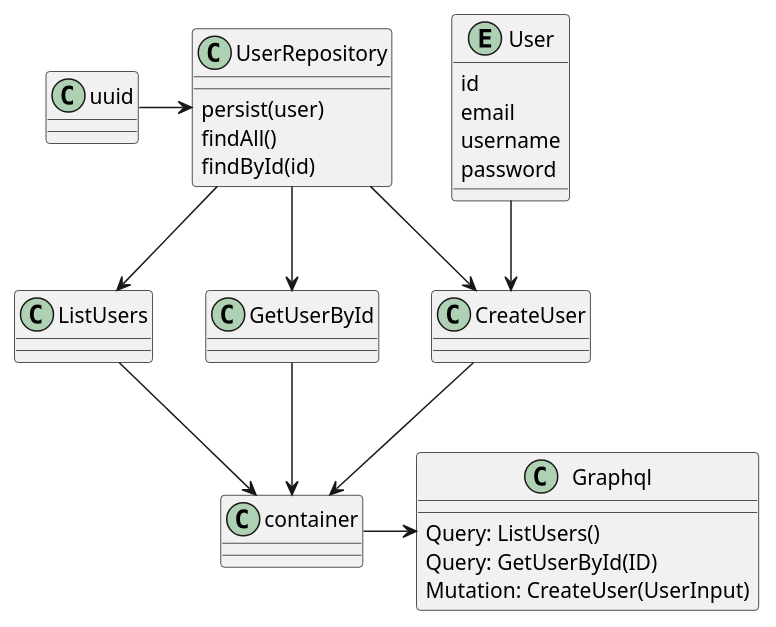
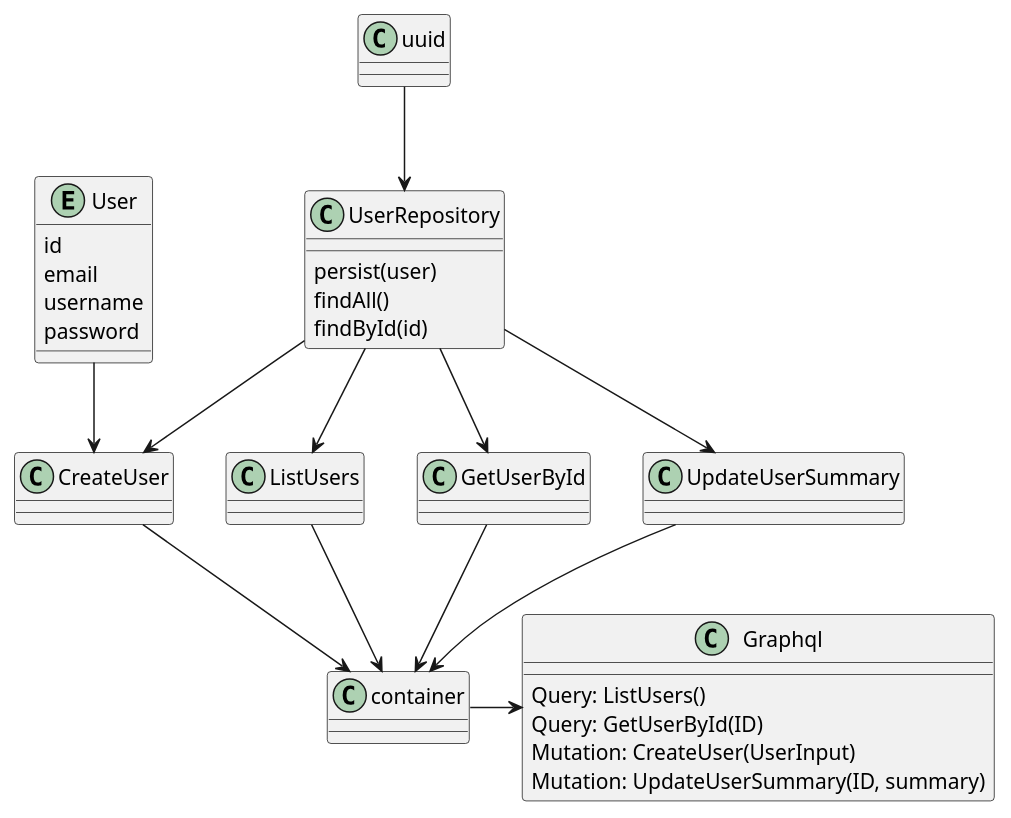
One commit to PintaApis/developars-club changed the diagram in apps/server/doc/schema.puml. Above: the diagram before and after it, drawn with PlantUML. The commit also changed 2 other files, not shown here.

```diff
--- a/apps/server/doc/schema.puml
+++ b/apps/server/doc/schema.puml
@@ -1,42 +1,46 @@
 @startuml
   entity User {
     id
     email
     username
     password
   }
 
   class UserRepository {
     persist(user)
     findAll()
     findById(id)
   }
 
   class uuid
 
   class CreateUser
   class ListUsers
   class GetUserById
+  class UpdateUserSummary
 
   class container
 
   class Graphql {
     Query: ListUsers()
     Query: GetUserById(ID)
     Mutation: CreateUser(UserInput)
+    Mutation: UpdateUserSummary(ID, summary)
   }
 
-  uuid -> UserRepository
+  uuid --> UserRepository
 
   User --> CreateUser
   UserRepository --> CreateUser
   UserRepository --> ListUsers
   UserRepository --> GetUserById
+  UserRepository --> UpdateUserSummary
 
   CreateUser --> container
   ListUsers --> container
   GetUserById --> container
+  UpdateUserSummary --> container
 
   container -> Graphql
 
 @enduml
```
